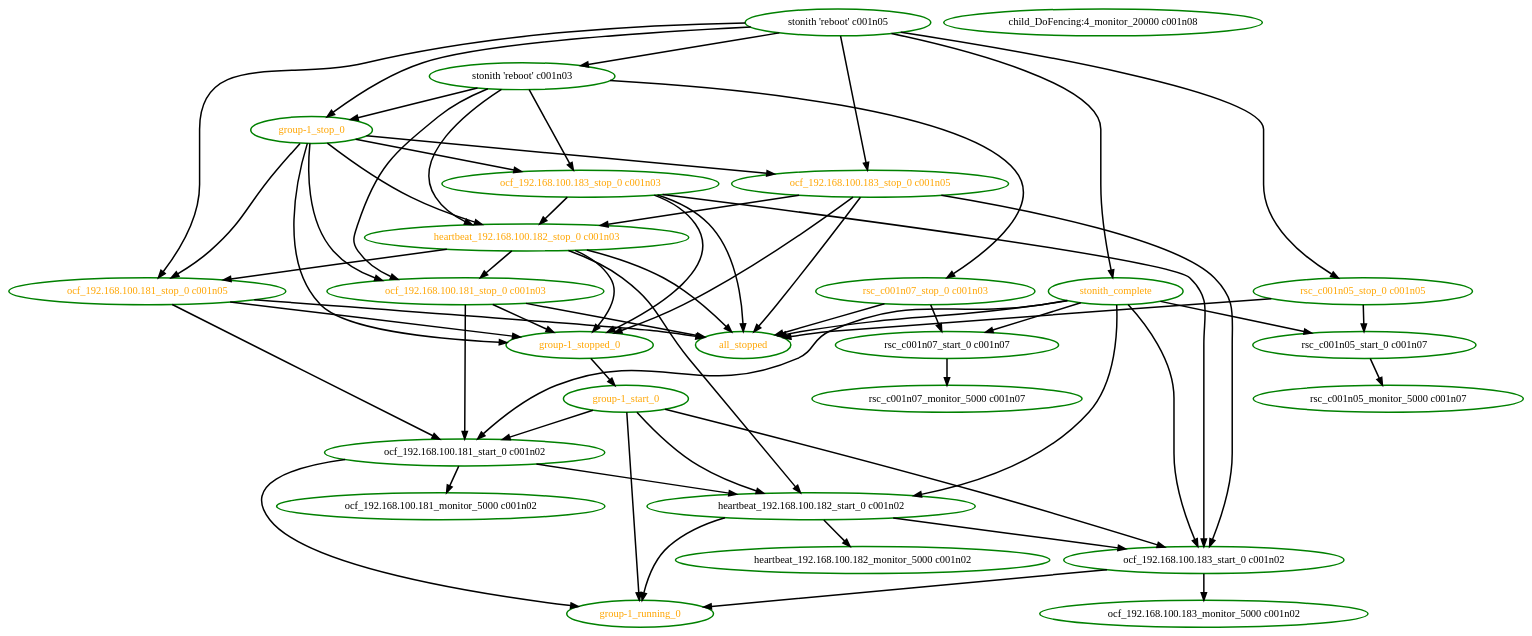
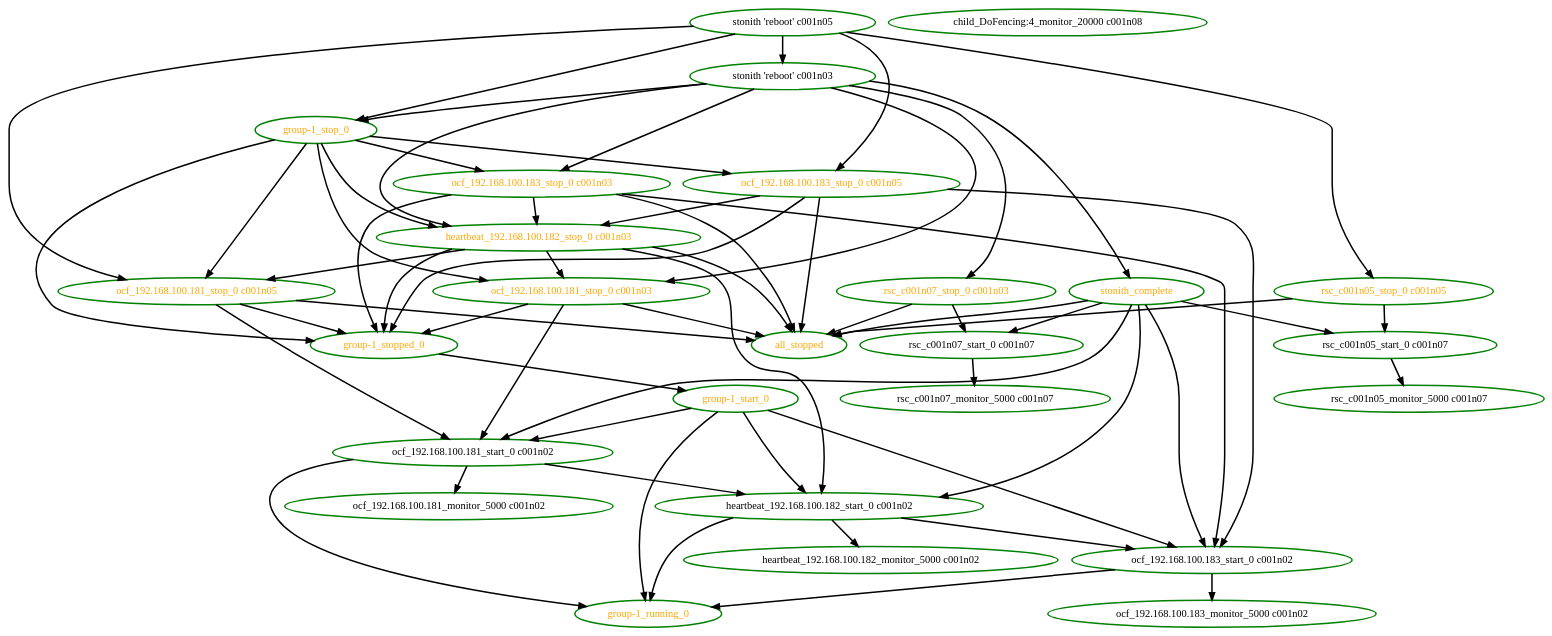
The diagram in pengine/test10/stonith-0.dot (ClusterLabs/pacemaker), drawn with Graphviz before and after one commit. The commit also changed 13 other files, not shown here.

```diff
--- a/pengine/test10/stonith-0.dot
+++ b/pengine/test10/stonith-0.dot
@@ -1,89 +1,89 @@
 digraph "g" {
 "all_stopped" [ style=bold color="green" fontcolor="orange" ]
 "child_DoFencing:4_monitor_20000 c001n08" [ style=bold color="green" fontcolor="black" ]
 "group-1_running_0" [ style=bold color="green" fontcolor="orange" ]
 "group-1_start_0" -> "group-1_running_0" [ style = bold]
 "group-1_start_0" -> "heartbeat_192.168.100.182_start_0 c001n02" [ style = bold]
 "group-1_start_0" -> "ocf_192.168.100.181_start_0 c001n02" [ style = bold]
 "group-1_start_0" -> "ocf_192.168.100.183_start_0 c001n02" [ style = bold]
 "group-1_start_0" [ style=bold color="green" fontcolor="orange" ]
 "group-1_stop_0" -> "group-1_stopped_0" [ style = bold]
 "group-1_stop_0" -> "heartbeat_192.168.100.182_stop_0 c001n03" [ style = bold]
 "group-1_stop_0" -> "ocf_192.168.100.181_stop_0 c001n03" [ style = bold]
 "group-1_stop_0" -> "ocf_192.168.100.181_stop_0 c001n05" [ style = bold]
 "group-1_stop_0" -> "ocf_192.168.100.183_stop_0 c001n03" [ style = bold]
 "group-1_stop_0" -> "ocf_192.168.100.183_stop_0 c001n05" [ style = bold]
 "group-1_stop_0" [ style=bold color="green" fontcolor="orange" ]
 "group-1_stopped_0" -> "group-1_start_0" [ style = bold]
 "group-1_stopped_0" [ style=bold color="green" fontcolor="orange" ]
 "heartbeat_192.168.100.182_monitor_5000 c001n02" [ style=bold color="green" fontcolor="black" ]
 "heartbeat_192.168.100.182_start_0 c001n02" -> "group-1_running_0" [ style = bold]
 "heartbeat_192.168.100.182_start_0 c001n02" -> "heartbeat_192.168.100.182_monitor_5000 c001n02" [ style = bold]
 "heartbeat_192.168.100.182_start_0 c001n02" -> "ocf_192.168.100.183_start_0 c001n02" [ style = bold]
 "heartbeat_192.168.100.182_start_0 c001n02" [ style=bold color="green" fontcolor="black" ]
 "heartbeat_192.168.100.182_stop_0 c001n03" -> "all_stopped" [ style = bold]
 "heartbeat_192.168.100.182_stop_0 c001n03" -> "group-1_stopped_0" [ style = bold]
 "heartbeat_192.168.100.182_stop_0 c001n03" -> "heartbeat_192.168.100.182_start_0 c001n02" [ style = bold]
 "heartbeat_192.168.100.182_stop_0 c001n03" -> "ocf_192.168.100.181_stop_0 c001n03" [ style = bold]
 "heartbeat_192.168.100.182_stop_0 c001n03" -> "ocf_192.168.100.181_stop_0 c001n05" [ style = bold]
 "heartbeat_192.168.100.182_stop_0 c001n03" [ style=bold color="green" fontcolor="orange" ]
 "ocf_192.168.100.181_monitor_5000 c001n02" [ style=bold color="green" fontcolor="black" ]
 "ocf_192.168.100.181_start_0 c001n02" -> "group-1_running_0" [ style = bold]
 "ocf_192.168.100.181_start_0 c001n02" -> "heartbeat_192.168.100.182_start_0 c001n02" [ style = bold]
 "ocf_192.168.100.181_start_0 c001n02" -> "ocf_192.168.100.181_monitor_5000 c001n02" [ style = bold]
 "ocf_192.168.100.181_start_0 c001n02" [ style=bold color="green" fontcolor="black" ]
 "ocf_192.168.100.181_stop_0 c001n03" -> "all_stopped" [ style = bold]
 "ocf_192.168.100.181_stop_0 c001n03" -> "group-1_stopped_0" [ style = bold]
 "ocf_192.168.100.181_stop_0 c001n03" -> "ocf_192.168.100.181_start_0 c001n02" [ style = bold]
 "ocf_192.168.100.181_stop_0 c001n03" [ style=bold color="green" fontcolor="orange" ]
 "ocf_192.168.100.181_stop_0 c001n05" -> "all_stopped" [ style = bold]
 "ocf_192.168.100.181_stop_0 c001n05" -> "group-1_stopped_0" [ style = bold]
 "ocf_192.168.100.181_stop_0 c001n05" -> "ocf_192.168.100.181_start_0 c001n02" [ style = bold]
 "ocf_192.168.100.181_stop_0 c001n05" [ style=bold color="green" fontcolor="orange" ]
 "ocf_192.168.100.183_monitor_5000 c001n02" [ style=bold color="green" fontcolor="black" ]
 "ocf_192.168.100.183_start_0 c001n02" -> "group-1_running_0" [ style = bold]
 "ocf_192.168.100.183_start_0 c001n02" -> "ocf_192.168.100.183_monitor_5000 c001n02" [ style = bold]
 "ocf_192.168.100.183_start_0 c001n02" [ style=bold color="green" fontcolor="black" ]
 "ocf_192.168.100.183_stop_0 c001n03" -> "all_stopped" [ style = bold]
 "ocf_192.168.100.183_stop_0 c001n03" -> "group-1_stopped_0" [ style = bold]
 "ocf_192.168.100.183_stop_0 c001n03" -> "heartbeat_192.168.100.182_stop_0 c001n03" [ style = bold]
 "ocf_192.168.100.183_stop_0 c001n03" -> "ocf_192.168.100.183_start_0 c001n02" [ style = bold]
 "ocf_192.168.100.183_stop_0 c001n03" [ style=bold color="green" fontcolor="orange" ]
 "ocf_192.168.100.183_stop_0 c001n05" -> "all_stopped" [ style = bold]
 "ocf_192.168.100.183_stop_0 c001n05" -> "group-1_stopped_0" [ style = bold]
 "ocf_192.168.100.183_stop_0 c001n05" -> "heartbeat_192.168.100.182_stop_0 c001n03" [ style = bold]
 "ocf_192.168.100.183_stop_0 c001n05" -> "ocf_192.168.100.183_start_0 c001n02" [ style = bold]
 "ocf_192.168.100.183_stop_0 c001n05" [ style=bold color="green" fontcolor="orange" ]
 "rsc_c001n05_monitor_5000 c001n07" [ style=bold color="green" fontcolor="black" ]
 "rsc_c001n05_start_0 c001n07" -> "rsc_c001n05_monitor_5000 c001n07" [ style = bold]
 "rsc_c001n05_start_0 c001n07" [ style=bold color="green" fontcolor="black" ]
 "rsc_c001n05_stop_0 c001n05" -> "all_stopped" [ style = bold]
 "rsc_c001n05_stop_0 c001n05" -> "rsc_c001n05_start_0 c001n07" [ style = bold]
 "rsc_c001n05_stop_0 c001n05" [ style=bold color="green" fontcolor="orange" ]
 "rsc_c001n07_monitor_5000 c001n07" [ style=bold color="green" fontcolor="black" ]
 "rsc_c001n07_start_0 c001n07" -> "rsc_c001n07_monitor_5000 c001n07" [ style = bold]
 "rsc_c001n07_start_0 c001n07" [ style=bold color="green" fontcolor="black" ]
 "rsc_c001n07_stop_0 c001n03" -> "all_stopped" [ style = bold]
 "rsc_c001n07_stop_0 c001n03" -> "rsc_c001n07_start_0 c001n07" [ style = bold]
 "rsc_c001n07_stop_0 c001n03" [ style=bold color="green" fontcolor="orange" ]
 "stonith 'reboot' c001n03" -> "group-1_stop_0" [ style = bold]
 "stonith 'reboot' c001n03" -> "heartbeat_192.168.100.182_stop_0 c001n03" [ style = bold]
 "stonith 'reboot' c001n03" -> "ocf_192.168.100.181_stop_0 c001n03" [ style = bold]
 "stonith 'reboot' c001n03" -> "ocf_192.168.100.183_stop_0 c001n03" [ style = bold]
 "stonith 'reboot' c001n03" -> "rsc_c001n07_stop_0 c001n03" [ style = bold]
+"stonith 'reboot' c001n03" -> "stonith_complete" [ style = bold]
 "stonith 'reboot' c001n03" [ style=bold color="green" fontcolor="black"]
 "stonith 'reboot' c001n05" -> "group-1_stop_0" [ style = bold]
 "stonith 'reboot' c001n05" -> "ocf_192.168.100.181_stop_0 c001n05" [ style = bold]
 "stonith 'reboot' c001n05" -> "ocf_192.168.100.183_stop_0 c001n05" [ style = bold]
 "stonith 'reboot' c001n05" -> "rsc_c001n05_stop_0 c001n05" [ style = bold]
 "stonith 'reboot' c001n05" -> "stonith 'reboot' c001n03" [ style = bold]
-"stonith 'reboot' c001n05" -> "stonith_complete" [ style = bold]
 "stonith 'reboot' c001n05" [ style=bold color="green" fontcolor="black"]
 "stonith_complete" -> "all_stopped" [ style = bold]
 "stonith_complete" -> "heartbeat_192.168.100.182_start_0 c001n02" [ style = bold]
 "stonith_complete" -> "ocf_192.168.100.181_start_0 c001n02" [ style = bold]
 "stonith_complete" -> "ocf_192.168.100.183_start_0 c001n02" [ style = bold]
 "stonith_complete" -> "rsc_c001n05_start_0 c001n07" [ style = bold]
 "stonith_complete" -> "rsc_c001n07_start_0 c001n07" [ style = bold]
 "stonith_complete" [ style=bold color="green" fontcolor="orange" ]
 }
```
